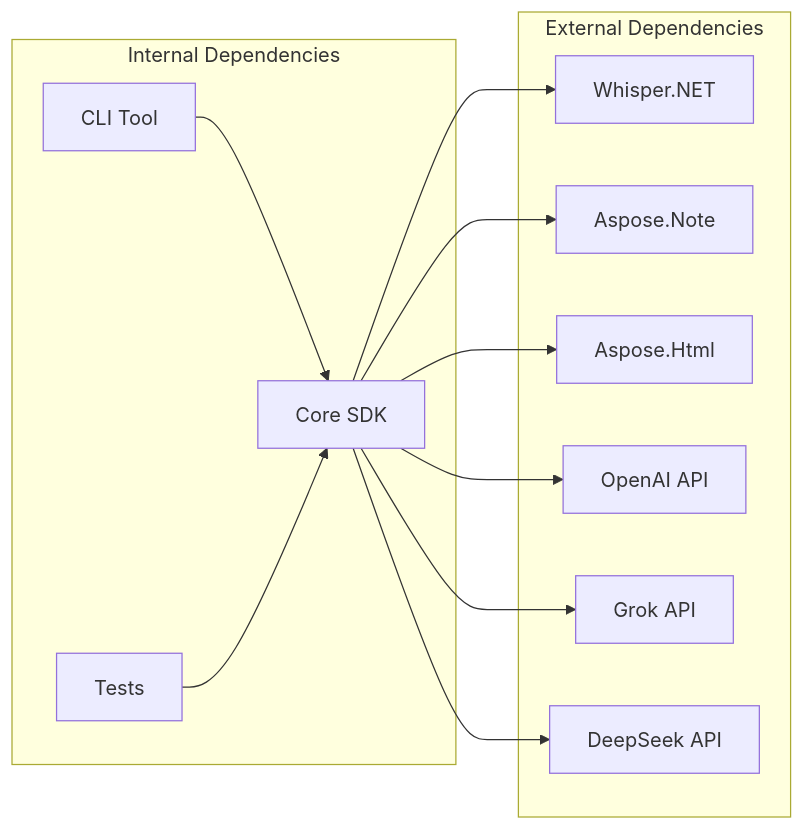
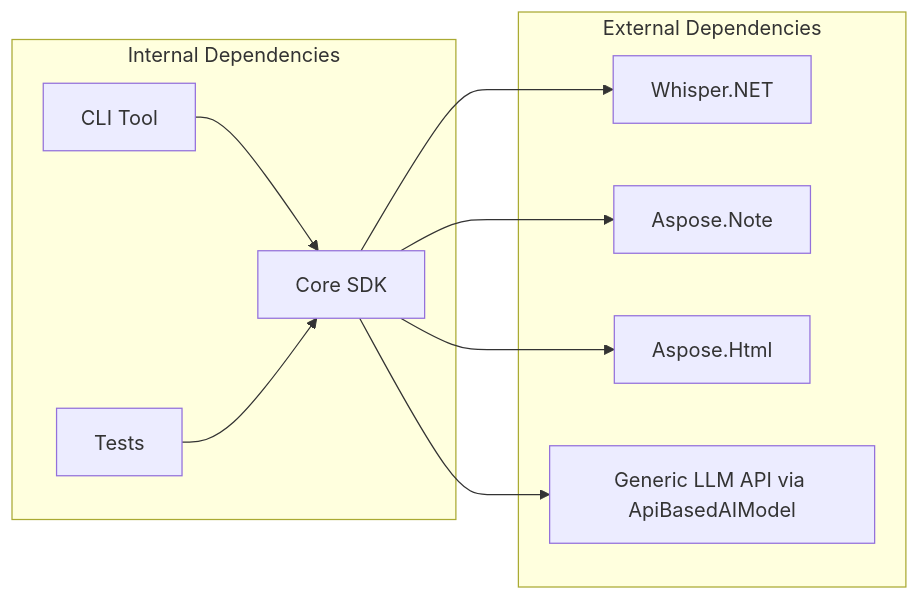
The third of 5 diagrams in docs/architecture.md (aspose-note/Aspose.MeetingNotes-for-.NET), drawn with Mermaid before and after one commit. The commit also changed other lines of this file and 14 other files, not shown here.

Commit message:
feat: migrate to unified ApiBasedAIModel with configurable AIModelOptions

````diff
--- a/docs/architecture.md
+++ b/docs/architecture.md
@@ -132,26 +122,22 @@
 ```mermaid
 graph LR
     subgraph External["External Dependencies"]
         Whisper[Whisper.NET]
         AsposeNote[Aspose.Note]
         AsposeHtml[Aspose.Html]
-        OpenAI[OpenAI API]
-        GrokAPI[Grok API]
-        DeepSeekAPI[DeepSeek API]
+        LLM_API[Generic LLM API via ApiBasedAIModel]
     end
 
     subgraph Internal["Internal Dependencies"]
         Core[Core SDK]
         CLI[CLI Tool]
         Tests[Tests]
     end
 
     Core --> Whisper
     Core --> AsposeNote
     Core --> AsposeHtml
-    Core --> OpenAI
-    Core --> GrokAPI
-    Core --> DeepSeekAPI
+    Core --> LLM_API
     CLI --> Core
     Tests --> Core
 ```
````
